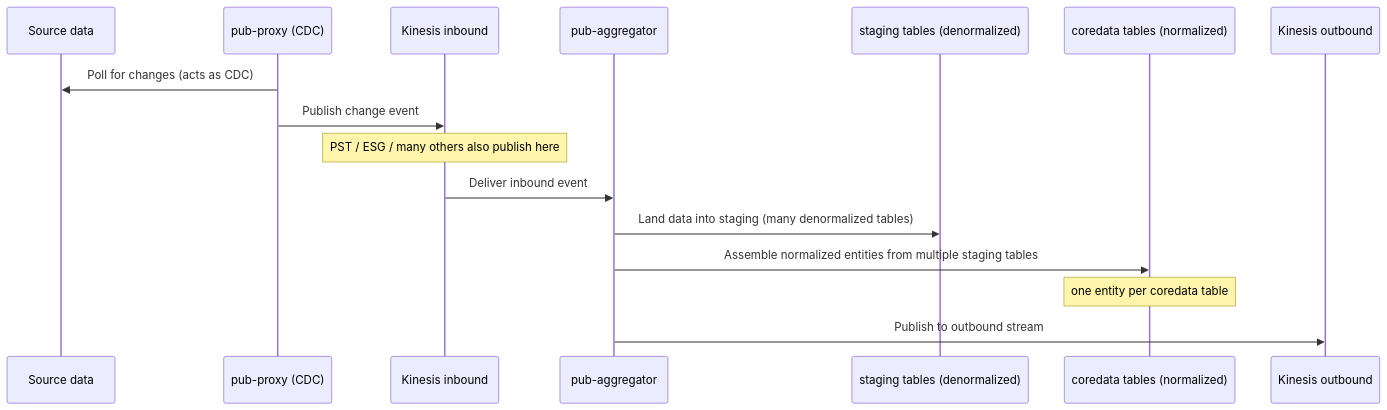
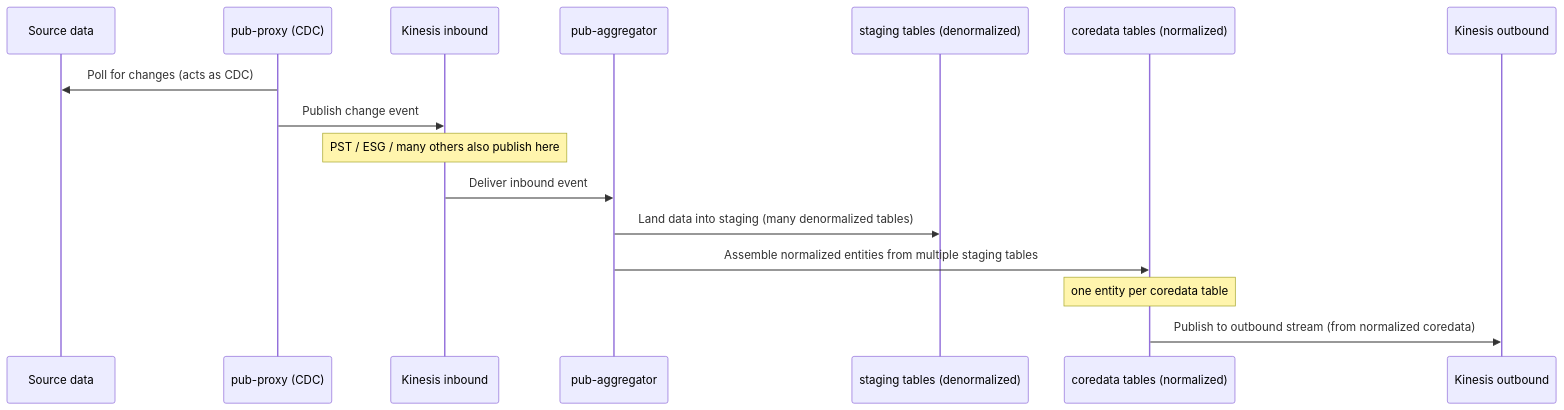
One commit to pprakashbh/puneet_wellington_account_screening changed the third of 7 diagrams in Technical Skills/CoreDataPlatform.md. Above: the diagram before and after it, drawn with Mermaid. The commit also changed other lines of this file, not shown here.

Commit message:
Added Architecture Diagram

````diff
--- a/Technical Skills/CoreDataPlatform.md
+++ b/Technical Skills/CoreDataPlatform.md
@@ -122,18 +122,18 @@
 ```mermaid
 sequenceDiagram
     participant Src as Source data
     participant Proxy as pub-proxy (CDC)
     participant In as Kinesis inbound
     participant Agg as pub-aggregator
     participant Stg as staging tables (denormalized)
     participant Core as coredata tables (normalized)
     participant Out as Kinesis outbound
     Proxy->>Src: Poll for changes (acts as CDC)
     Proxy->>In: Publish change event
     Note over In: PST / ESG / many others also publish here
     In->>Agg: Deliver inbound event
     Agg->>Stg: Land data into staging (many denormalized tables)
     Agg->>Core: Assemble normalized entities from multiple staging tables
     Note over Core: one entity per coredata table
-    Agg->>Out: Publish to outbound stream
+    Core->>Out: Publish to outbound stream (from normalized coredata)
 ```
````
